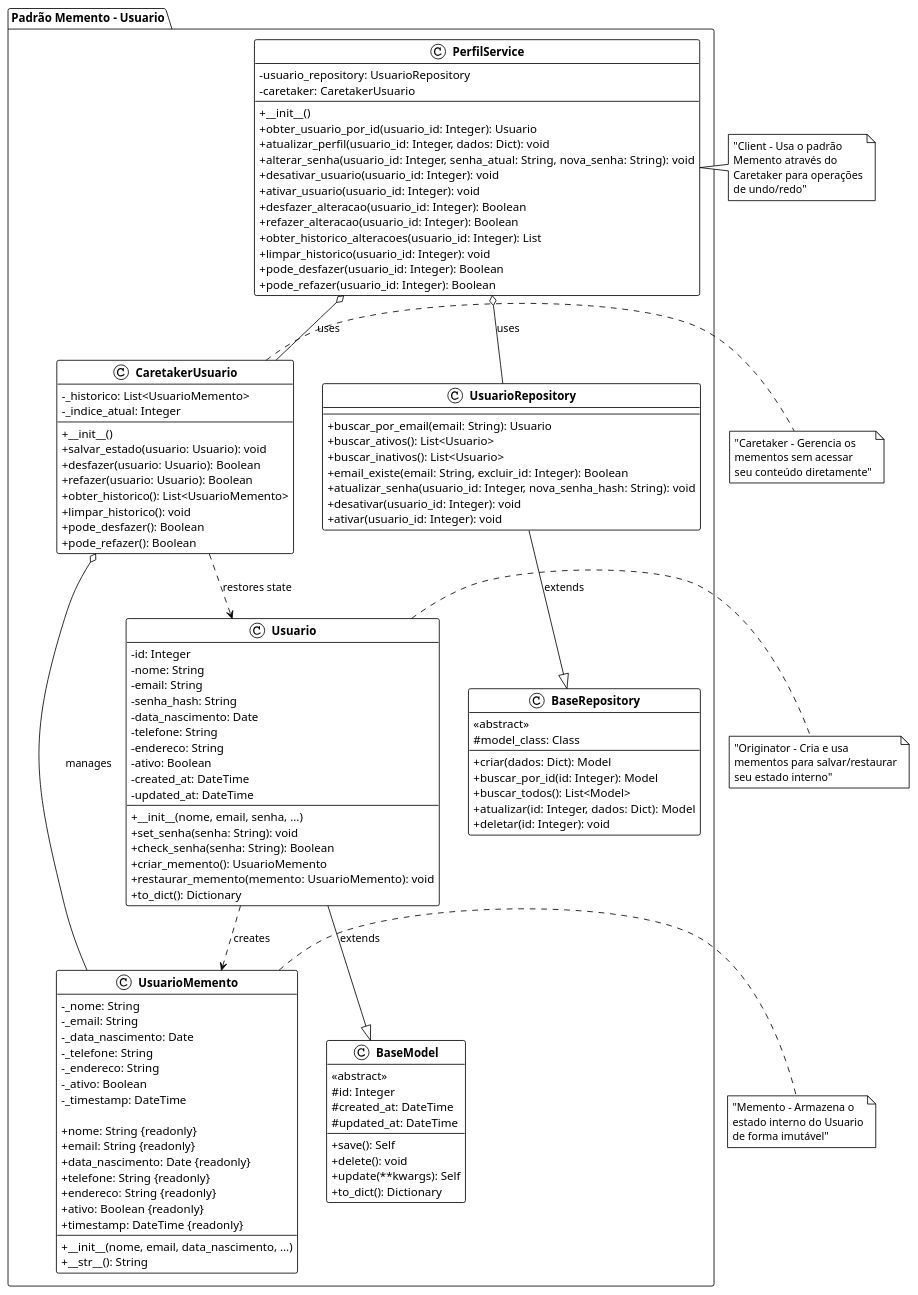
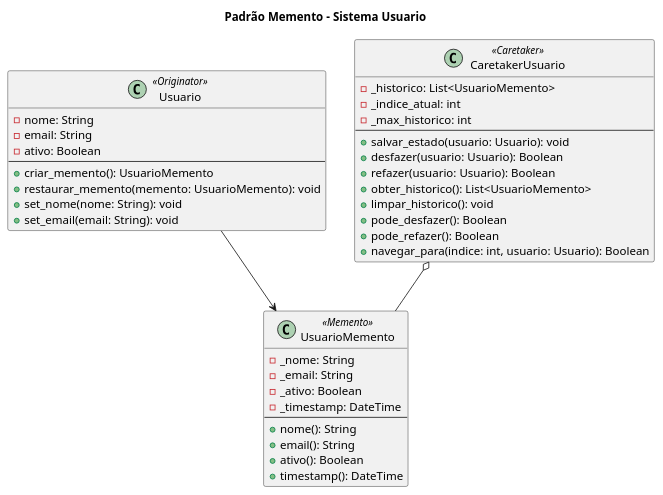
One commit to fergrenteski/anota-ai-2 changed the diagram in docs/memento_pattern_diagram.puml. Above: the diagram before and after it, drawn with PlantUML. The commit also changed 1 other file, not shown here.

Commit message:
doc: Adicionado UML do memento e strategy

```diff
--- a/docs/memento_pattern_diagram.puml
+++ b/docs/memento_pattern_diagram.puml
@@ -1,136 +1,46 @@
-@startuml Memento_Pattern_Usuario
+@startuml Memento Pattern
 
-!theme plain
-skinparam classAttributeIconSize 0
-skinparam classFontStyle bold
+title Padrão Memento - Sistema Usuario
 
-package "Padrão Memento - Usuario" {
-
-    class Usuario {
-        -id: Integer
-        -nome: String
-        -email: String
-        -senha_hash: String
-        -data_nascimento: Date
-        -telefone: String
-        -endereco: String
-        -ativo: Boolean
-        -created_at: DateTime
-        -updated_at: DateTime
-        
-        +__init__(nome, email, senha, ...)
-        +set_senha(senha: String): void
-        +check_senha(senha: String): Boolean
-        +criar_memento(): UsuarioMemento
-        +restaurar_memento(memento: UsuarioMemento): void
-        +to_dict(): Dictionary
-    }
-
-    class UsuarioMemento {
-        -_nome: String
-        -_email: String
-        -_data_nascimento: Date
-        -_telefone: String
-        -_endereco: String
-        -_ativo: Boolean
-        -_timestamp: DateTime
-        
-        +__init__(nome, email, data_nascimento, ...)
-        +nome: String {readonly}
-        +email: String {readonly}
-        +data_nascimento: Date {readonly}
-        +telefone: String {readonly}
-        +endereco: String {readonly}
-        +ativo: Boolean {readonly}
-        +timestamp: DateTime {readonly}
-        +__str__(): String
-    }
-
-    class CaretakerUsuario {
-        -_historico: List<UsuarioMemento>
-        -_indice_atual: Integer
-        
-        +__init__()
-        +salvar_estado(usuario: Usuario): void
-        +desfazer(usuario: Usuario): Boolean
-        +refazer(usuario: Usuario): Boolean
-        +obter_historico(): List<UsuarioMemento>
-        +limpar_historico(): void
-        +pode_desfazer(): Boolean
-        +pode_refazer(): Boolean
-    }
-
-    class PerfilService {
-        -usuario_repository: UsuarioRepository
-        -caretaker: CaretakerUsuario
-        
-        +__init__()
-        +obter_usuario_por_id(usuario_id: Integer): Usuario
-        +atualizar_perfil(usuario_id: Integer, dados: Dict): void
-        +alterar_senha(usuario_id: Integer, senha_atual: String, nova_senha: String): void
-        +desativar_usuario(usuario_id: Integer): void
-        +ativar_usuario(usuario_id: Integer): void
-        +desfazer_alteracao(usuario_id: Integer): Boolean
-        +refazer_alteracao(usuario_id: Integer): Boolean
-        +obter_historico_alteracoes(usuario_id: Integer): List
-        +limpar_historico(usuario_id: Integer): void
-        +pode_desfazer(usuario_id: Integer): Boolean
-        +pode_refazer(usuario_id: Integer): Boolean
-    }
-
-    class UsuarioRepository {
-        +buscar_por_email(email: String): Usuario
-        +buscar_ativos(): List<Usuario>
-        +buscar_inativos(): List<Usuario>
-        +email_existe(email: String, excluir_id: Integer): Boolean
-        +atualizar_senha(usuario_id: Integer, nova_senha_hash: String): void
-        +desativar(usuario_id: Integer): void
-        +ativar(usuario_id: Integer): void
-    }
-
-    class BaseModel {
-        <<abstract>>
-        #id: Integer
-        #created_at: DateTime
-        #updated_at: DateTime
-        
-        +save(): Self
-        +delete(): void
-        +update(**kwargs): Self
-        +to_dict(): Dictionary
-    }
-
-    class BaseRepository {
-        <<abstract>>
-        #model_class: Class
-        
-        +criar(dados: Dict): Model
-        +buscar_por_id(id: Integer): Model
-        +buscar_todos(): List<Model>
-        +atualizar(id: Integer, dados: Dict): Model
-        +deletar(id: Integer): void
-    }
+class Usuario <<Originator>> {
+    -nome: String
+    -email: String
+    -ativo: Boolean
+    --
+    +criar_memento(): UsuarioMemento
+    +restaurar_memento(memento: UsuarioMemento): void
+    +set_nome(nome: String): void
+    +set_email(email: String): void
 }
 
-' Relacionamentos
-Usuario --|> BaseModel : extends
-UsuarioRepository --|> BaseRepository : extends
+class UsuarioMemento <<Memento>> {
+    -_nome: String
+    -_email: String
+    -_ativo: Boolean
+    -_timestamp: DateTime
+    --
+    +nome(): String
+    +email(): String
+    +ativo(): Boolean
+    +timestamp(): DateTime
+}
 
-Usuario ..> UsuarioMemento : creates
-CaretakerUsuario o-- UsuarioMemento : manages
+class CaretakerUsuario <<Caretaker>> {
+    -_historico: List<UsuarioMemento>
+    -_indice_atual: int
+    -_max_historico: int
+    --
+    +salvar_estado(usuario: Usuario): void
+    +desfazer(usuario: Usuario): Boolean
+    +refazer(usuario: Usuario): Boolean
+    +obter_historico(): List<UsuarioMemento>
+    +limpar_historico(): void
+    +pode_desfazer(): Boolean
+    +pode_refazer(): Boolean
+    +navegar_para(indice: int, usuario: Usuario): Boolean
+}
 
-PerfilService o-- UsuarioRepository : uses
-PerfilService o-- CaretakerUsuario : uses
-
-CaretakerUsuario ..> Usuario : restores state
-
-' Notas explicativas
-note right of Usuario : "Originator - Cria e usa\nmementos para salvar/restaurar\nseu estado interno"
-
-note right of UsuarioMemento : "Memento - Armazena o\nestado interno do Usuario\nde forma imutável"
-
-note right of CaretakerUsuario : "Caretaker - Gerencia os\nmementos sem acessar\nseu conteúdo diretamente"
-
-note right of PerfilService : "Client - Usa o padrão\nMemento através do\nCaretaker para operações\nde undo/redo"
+Usuario --> UsuarioMemento
+CaretakerUsuario o-- UsuarioMemento
 
 @enduml
```
